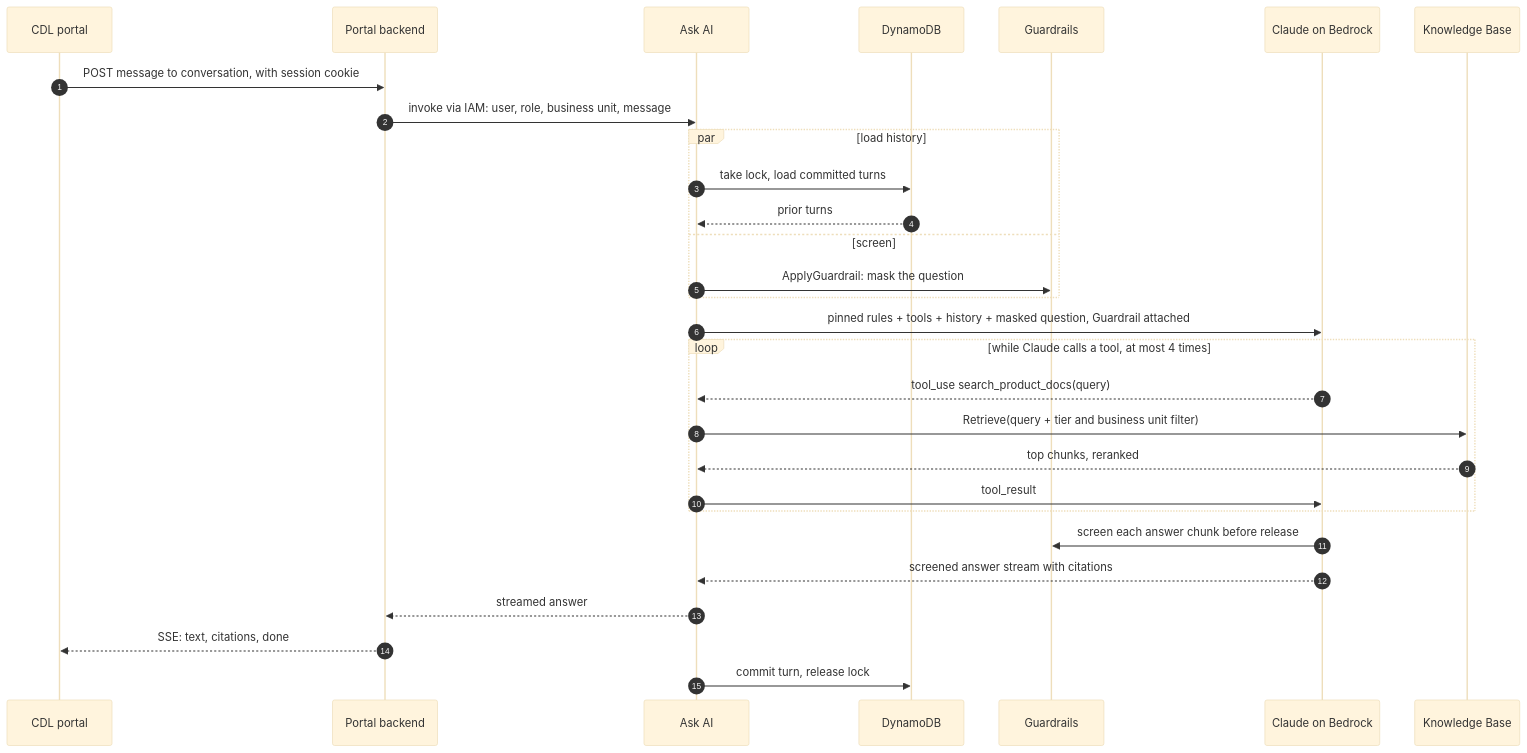
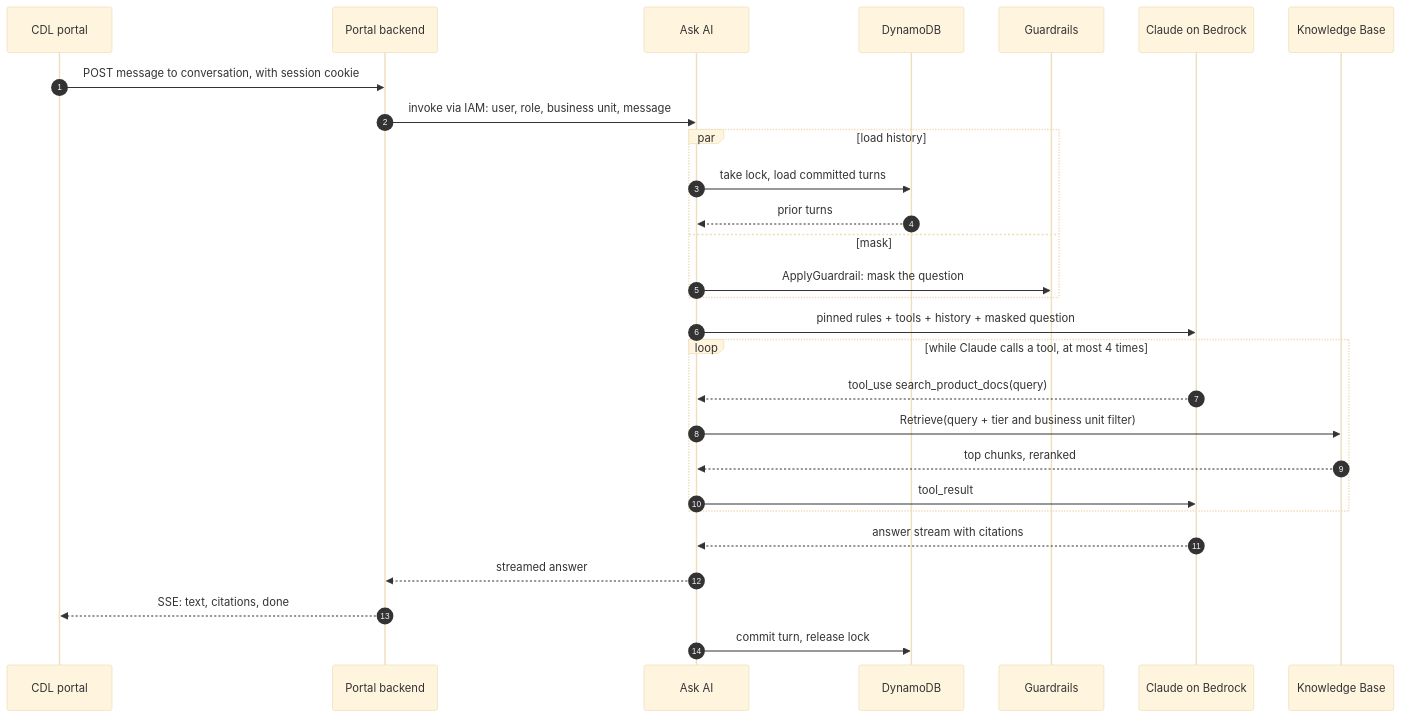
The fifth of 5 diagrams in docs/ASK_AI_PLAN.md (rutvik-madtech/newscorp-ask-ai), drawn with Mermaid (base theme) before and after one commit. The commit also changed other lines of this file and 1 other file, not shown here.

````diff
--- a/docs/ASK_AI_PLAN.md
+++ b/docs/ASK_AI_PLAN.md
@@ -406,31 +403,30 @@
 ```mermaid
 sequenceDiagram
   autonumber
   participant UI as CDL portal
   participant PB as Portal backend
   participant O as Ask AI
   participant D as DynamoDB
   participant G as Guardrails
   participant C as Claude on Bedrock
   participant KB as Knowledge Base
   UI->>PB: POST message to conversation, with session cookie
   PB->>O: invoke via IAM: user, role, business unit, message
   par load history
     O->>D: take lock, load committed turns
     D-->>O: prior turns
-  and screen
+  and mask
     O->>G: ApplyGuardrail: mask the question
   end
-  O->>C: pinned rules + tools + history + masked question, Guardrail attached
+  O->>C: pinned rules + tools + history + masked question
   loop while Claude calls a tool, at most 4 times
     C-->>O: tool_use search_product_docs(query)
     O->>KB: Retrieve(query + tier and business unit filter)
     KB-->>O: top chunks, reranked
     O->>C: tool_result
   end
-  C->>G: screen each answer chunk before release
-  C-->>O: screened answer stream with citations
+  C-->>O: answer stream with citations
   O-->>PB: streamed answer
   PB-->>UI: SSE: text, citations, done
   O->>D: commit turn, release lock
 ```
````
